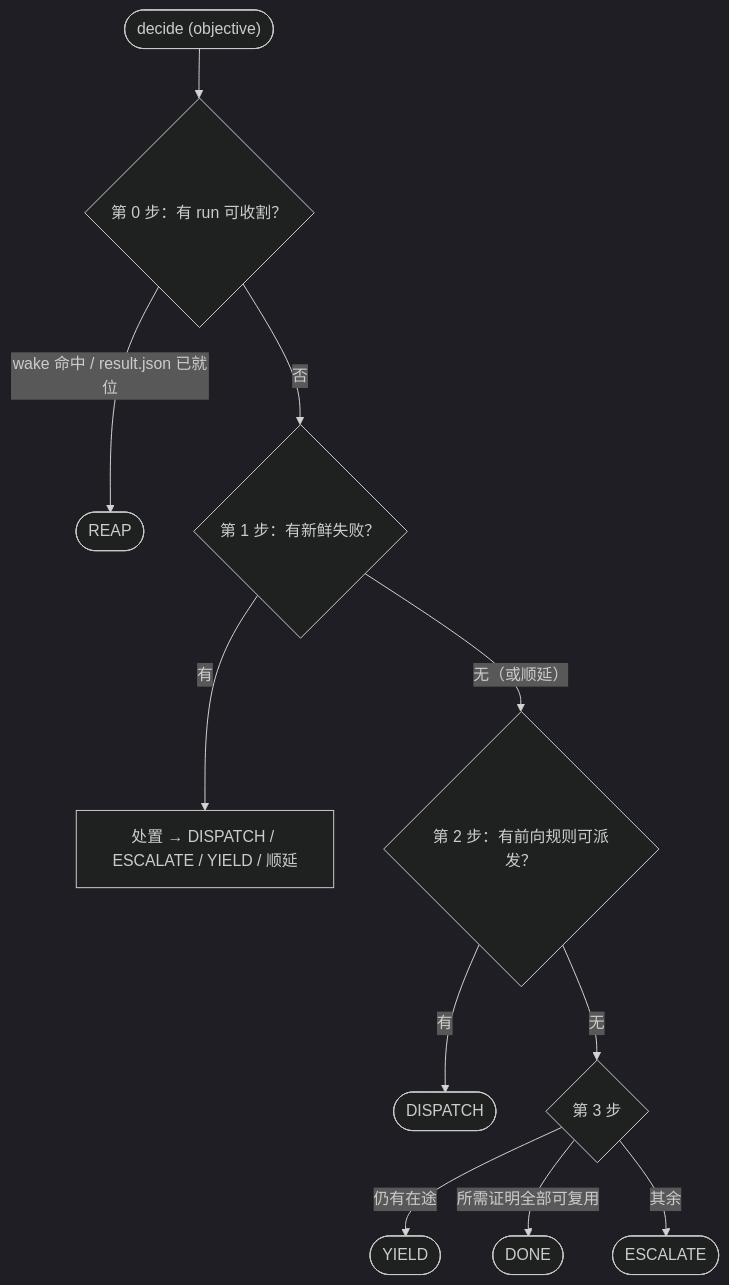
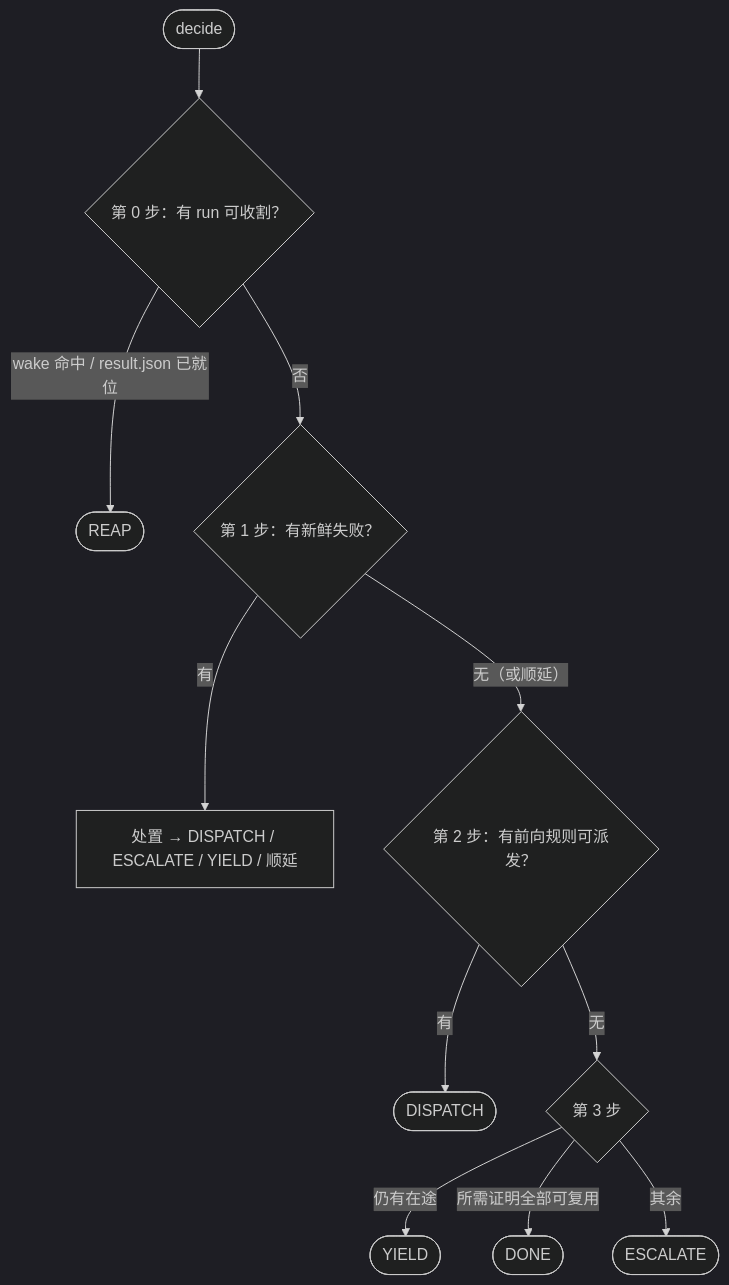
One commit to chipweaver/veripower changed the diagram in ARCHITECTURE.zh.md. Above: the diagram before and after it, drawn with Mermaid (dark theme). The commit also changed other lines of this file and 18 other files, not shown here.

````diff
--- a/ARCHITECTURE.zh.md
+++ b/ARCHITECTURE.zh.md
@@ -320,13 +324,13 @@
 ```mermaid
 flowchart TD
-    W(["decide (objective)"]) --> S0{"第 0 步：有 run 可收割？"}
+    W(["decide"]) --> S0{"第 0 步：有 run 可收割？"}
     S0 -- "wake 命中 / result.json 已就位" --> RP(["REAP"])
     S0 -- 否 --> S1{"第 1 步：有新鲜失败？"}
     S1 -- 有 --> DISP["处置 → DISPATCH / ESCALATE / YIELD / 顺延"]
     S1 -- "无（或顺延）" --> S2{"第 2 步：有前向规则可派发？"}
     S2 -- 有 --> DSP(["DISPATCH"])
     S2 -- 无 --> S3{"第 3 步"}
     S3 -- "仍有在途" --> Y(["YIELD"])
     S3 -- "所需证明全部可复用" --> DONE(["DONE"])
     S3 -- 其余 --> ESC(["ESCALATE"])
 ```
````
